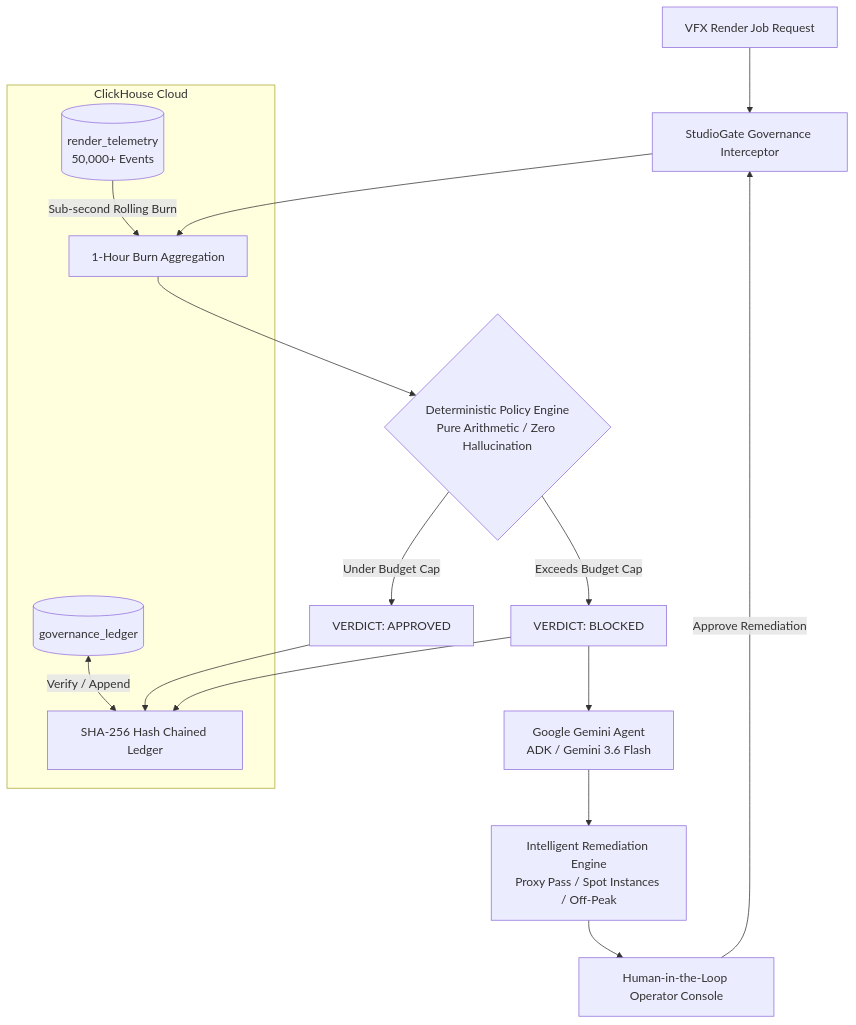
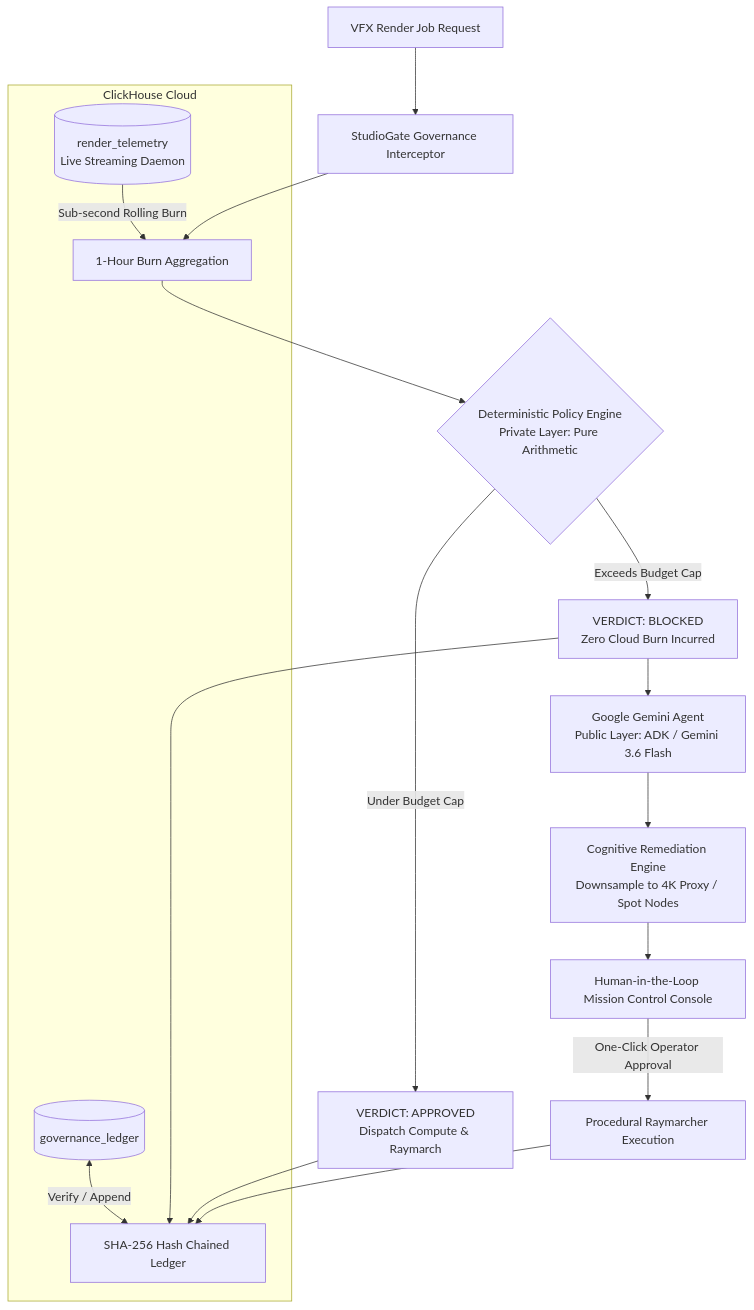
The diagram in README.md (GreatSage-dev/studio-gate), drawn with Mermaid before and after one commit. The commit also changed other lines of this file and 22 other files, not shown here.

Commit message:
feat: complete StudioGate with live telemetry, render engine, falsifiability verifier, and Vercel deployment

````diff
--- a/README.md
+++ b/README.md
@@ -31,23 +41,24 @@
 ```mermaid
 flowchart TD
     A[VFX Render Job Request] --> B[StudioGate Governance Interceptor]
     
     subgraph ClickHouse Cloud
-        C[(render_telemetry<br/>50,000+ Events)] -->|Sub-second Rolling Burn| D[1-Hour Burn Aggregation]
+        C[(render_telemetry<br/>Live Streaming Daemon)] -->|Sub-second Rolling Burn| D[1-Hour Burn Aggregation]
         H[(governance_ledger)] <-->|Verify / Append| G[SHA-256 Hash Chained Ledger]
     end
     
     B --> D
-    D --> E{Deterministic Policy Engine<br/>Pure Arithmetic / Zero Hallucination}
+    D --> E{Deterministic Policy Engine<br/>Private Layer: Pure Arithmetic}
     
-    E -->|Under Budget Cap| F[VERDICT: APPROVED]
-    E -->|Exceeds Budget Cap| I[VERDICT: BLOCKED]
+    E -->|Under Budget Cap| F[VERDICT: APPROVED<br/>Dispatch Compute & Raymarch]
+    E -->|Exceeds Budget Cap| I[VERDICT: BLOCKED<br/>Zero Cloud Burn Incurred]
     
     F --> G
     I --> G
     
-    I --> J[Google Gemini Agent<br/>ADK / Gemini 3.6 Flash]
-    J --> K[Intelligent Remediation Engine<br/>Proxy Pass / Spot Instances / Off-Peak]
-    K --> L[Human-in-the-Loop Operator Console]
-    L -->|Approve Remediation| B
+    I --> J[Google Gemini Agent<br/>Public Layer: ADK / Gemini 3.6 Flash]
+    J --> K[Cognitive Remediation Engine<br/>Downsample to 4K Proxy / Spot Nodes]
+    K --> L[Human-in-the-Loop Mission Control Console]
+    L -->|One-Click Operator Approval| M[Procedural Raymarcher Execution]
+    M --> G
 ```
````
